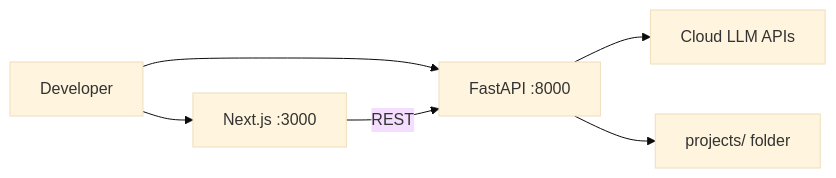
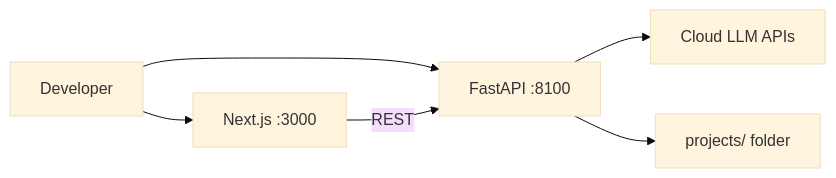
One commit to williamjxj/idea2spec changed diagram 13 of 13 in docs/tech-stack.md. Above: the diagram before and after it, drawn with Mermaid (base theme). The commit also changed other lines of this file and 4 other files, not shown here.

First line of the commit message:
Update docs: README, tech-stack, roadmap, kb, AGENTS.md for current state

````diff
--- a/docs/tech-stack.md
+++ b/docs/tech-stack.md
@@ -529,8 +551,8 @@
 ```mermaid
 flowchart LR
   User[Developer] --> Web[Next.js :3000]
-  User --> API[FastAPI :8000]
+  User --> API[FastAPI :8100]
   Web -->|REST| API
   API --> LLM[Cloud LLM APIs]
   API --> Disk[projects/ folder]
 ```
````
